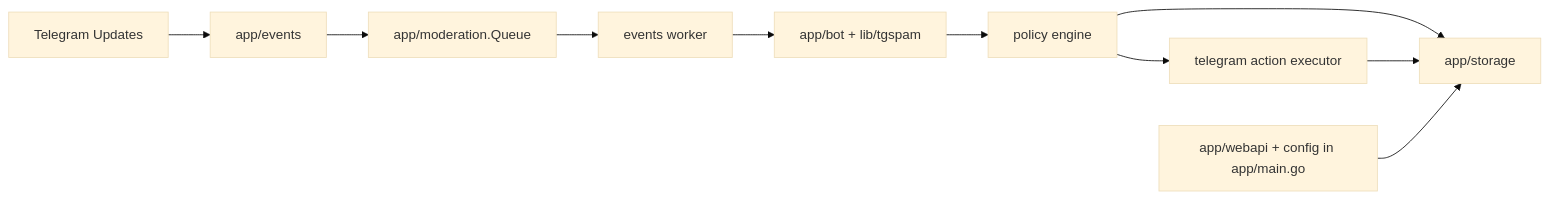
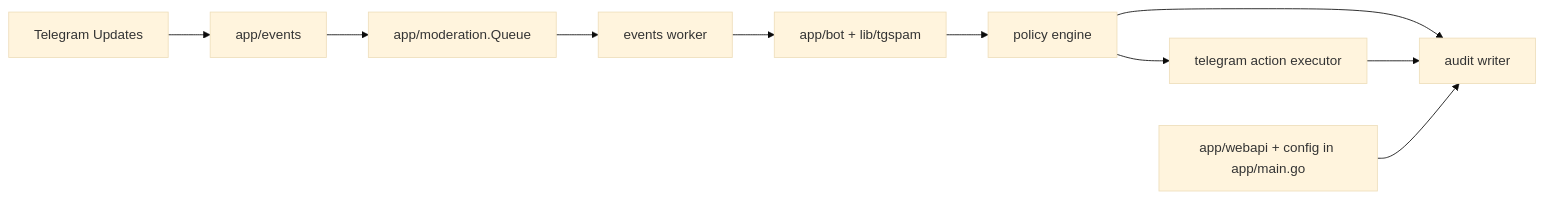
One commit to redstone-md/shield changed the diagram in docs/ADR/ADR-0001-internal-moderation-pipeline-seams.md. Above: the diagram before and after it, drawn with Mermaid (base theme). The commit also changed other lines of this file and 8 other files, not shown here.

Commit message:
refactor: extract moderation audit writer

````diff
--- a/docs/ADR/ADR-0001-internal-moderation-pipeline-seams.md
+++ b/docs/ADR/ADR-0001-internal-moderation-pipeline-seams.md
@@ -54,21 +56,21 @@
 ```mermaid
 flowchart LR
   TG[Telegram Updates]
   Gateway[app/events]
   Queue[app/moderation.Queue]
   Detection[app/bot + lib/tgspam]
   Policy[future policy package]
   Action[future action executor]
   Audit[app/storage]
   Control[app/webapi + config in app/main.go]
 
   TG --> Gateway
   Gateway --> Queue
   Queue --> Worker[events worker]
   Worker --> Detection
   Detection --> Policy[policy engine]
   Policy --> Action[telegram action executor]
-  Policy --> Audit
+  Policy --> Audit[audit writer]
   Action --> Audit
   Control --> Audit
 ```
````
